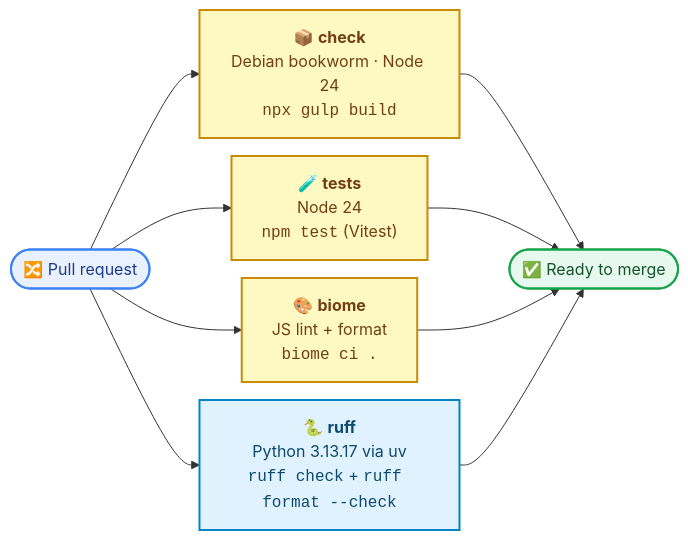
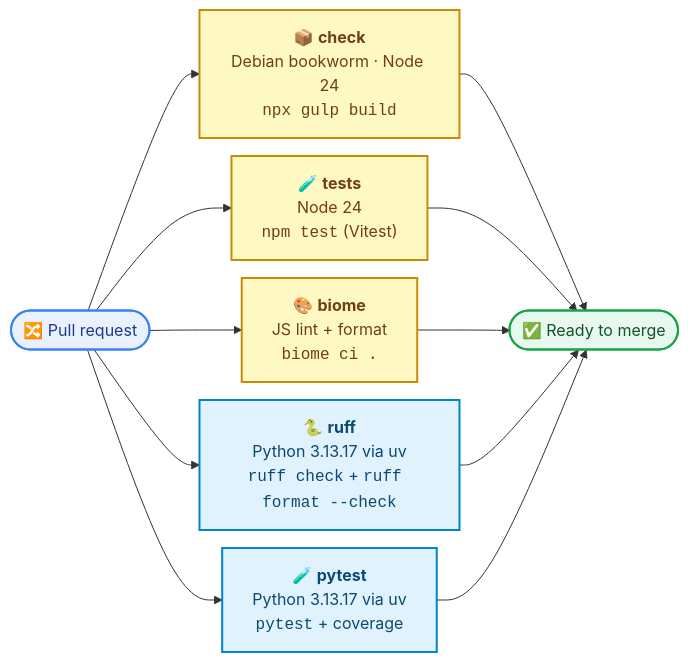
The second of 7 diagrams in docs/ci-cd.md (toolforge/video2commons), drawn with Mermaid before and after one commit. The commit also changed other lines of this file and 9 other files, not shown here.

````diff
--- a/docs/ci-cd.md
+++ b/docs/ci-cd.md
@@ -60,21 +60,22 @@
 ```mermaid
 %%{init: {"flowchart": {"curve": "basis", "nodeSpacing": 18}}}%%
 flowchart LR
-    pr(["🔀 Pull request"]) --> check & tests & biome & ruff
+    pr(["🔀 Pull request"]) --> check & tests & biome & ruff & pytest
 
     check["📦 <b>check</b><br/>Debian bookworm · Node 24<br/><code>npx gulp build</code>"]
     tests["🧪 <b>tests</b><br/>Node 24<br/><code>npm test</code> (Vitest)"]
     biome["🎨 <b>biome</b><br/>JS lint + format<br/><code>biome ci .</code>"]
     ruff["🐍 <b>ruff</b><br/>Python 3.13.17 via uv<br/><code>ruff check</code> + <code>ruff format --check</code>"]
+    pytest["🧪 <b>pytest</b><br/>Python 3.13.17 via uv<br/><code>pytest</code> + coverage"]
 
-    check & tests & biome & ruff --> ok(["✅ Ready to merge"])
+    check & tests & biome & ruff & pytest --> ok(["✅ Ready to merge"])
 
     classDef start fill:#e8f1fd,stroke:#3b82f6,stroke-width:2px,color:#1e3a8a
     classDef js fill:#fef9c3,stroke:#ca8a04,stroke-width:2px,color:#713f12
     classDef py fill:#e0f2fe,stroke:#0284c7,stroke-width:2px,color:#0c4a6e
     classDef ok fill:#e7f8ee,stroke:#16a34a,stroke-width:2px,color:#14532d
     class pr start
     class check,tests,biome js
-    class ruff py
+    class ruff,pytest py
     class ok ok
 ```
````
